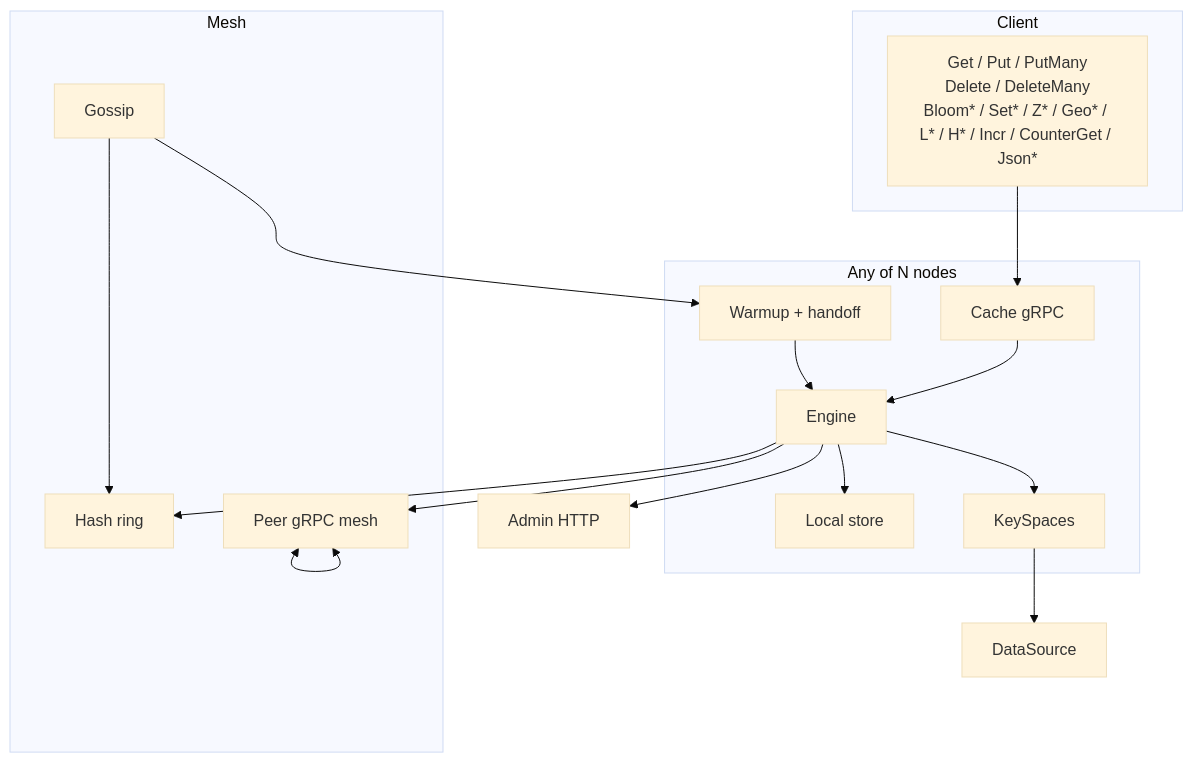
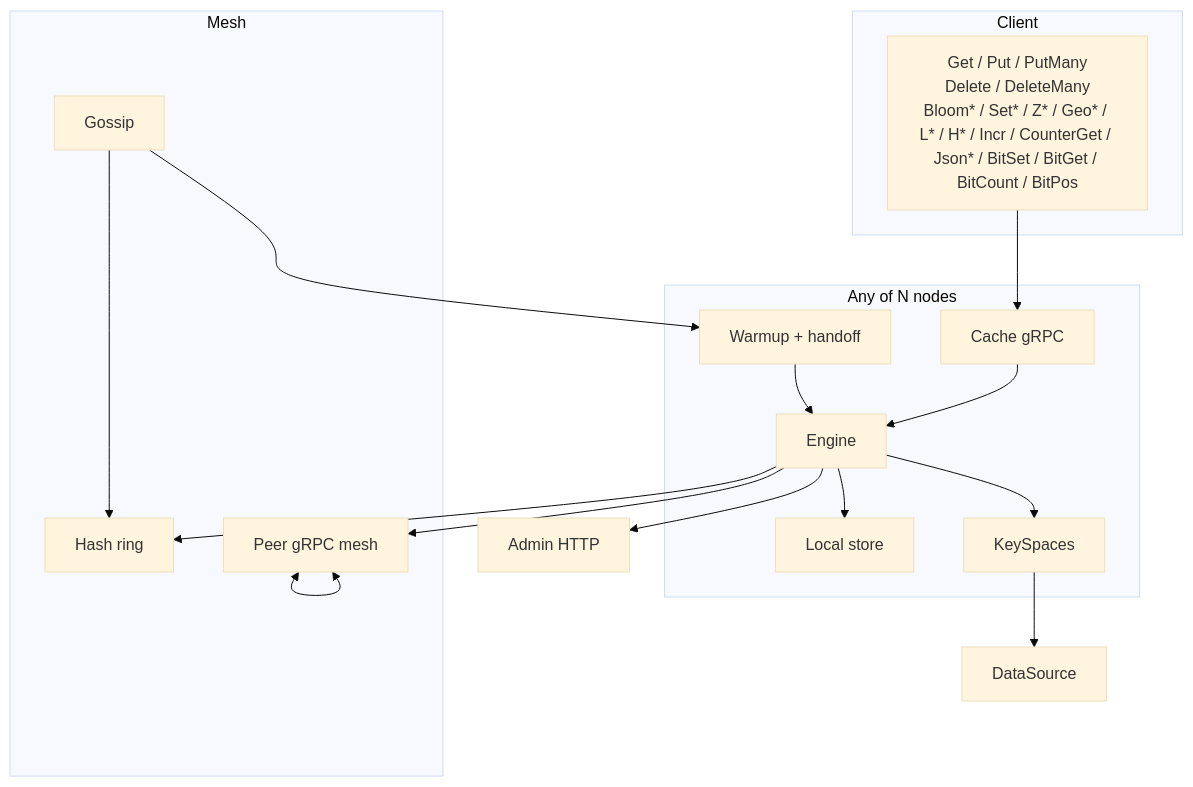
Diagram 16 of 18 in docs/CLUSTER_FLOWS.md (Code0987/supercache), drawn with Mermaid (base theme) before and after one commit. The commit also changed other lines of this file and 39 other files, not shown here.

````diff
--- a/docs/CLUSTER_FLOWS.md
+++ b/docs/CLUSTER_FLOWS.md
@@ -347,34 +348,34 @@
 ```mermaid
 flowchart TB
   subgraph Client
-    OPS["Get / Put / PutMany<br/>Delete / DeleteMany<br/>Bloom* / Set* / Z* / Geo* / L* / H* / Incr / CounterGet / Json*"]
+    OPS["Get / Put / PutMany<br/>Delete / DeleteMany<br/>Bloom* / Set* / Z* / Geo* / L* / H* / Incr / CounterGet / Json* / BitSet / BitGet / BitCount / BitPos"]
   end
 
   subgraph Node["Any of N nodes"]
     CG["Cache gRPC"]
     EN["Engine"]
     ST["Local store"]
     KS["KeySpaces"]
     WM["Warmup + handoff"]
   end
 
   subgraph Mesh
     RING["Hash ring"]
     PG["Peer gRPC mesh"]
     GOS["Gossip"]
   end
 
   DS["DataSource"]
   ADM["Admin HTTP"]
 
   OPS --> CG --> EN
   EN --> ST
   EN --> KS
   EN --> RING
   EN --> PG
   KS --> DS
   GOS --> RING
   GOS --> WM --> EN
   EN --> ADM
   PG <--> PG
 ```
````
